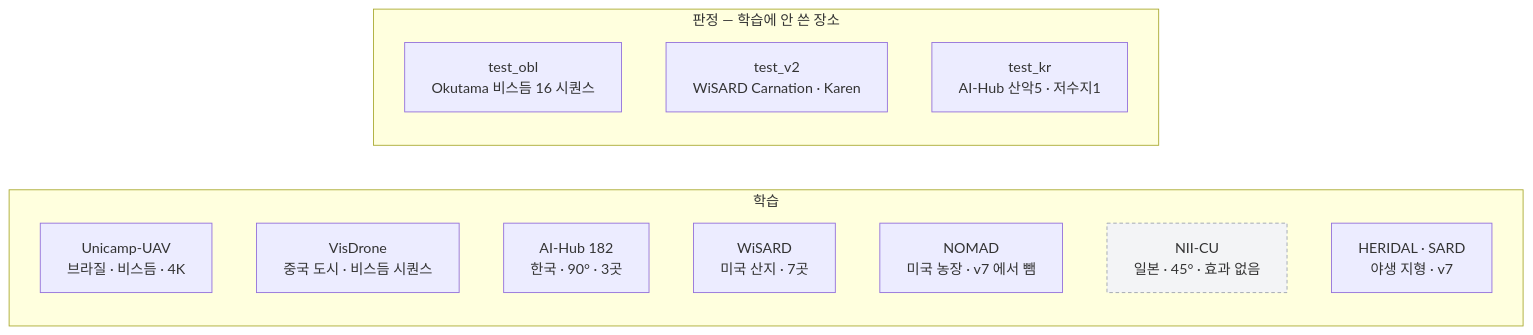
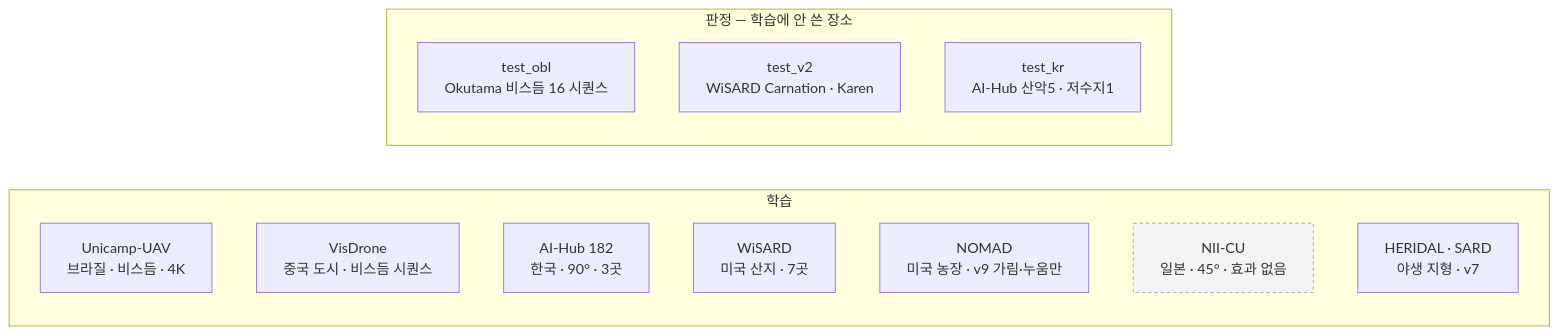
One commit to tim9985/Capstone changed the first of 2 diagrams in obsidian/02 데이터셋/_데이터셋 한눈에.md. Above: the diagram before and after it, drawn with Mermaid. The commit also changed other lines of this file and 28 other files, not shown here.

````diff
--- a/obsidian/02 데이터셋/_데이터셋 한눈에.md
+++ b/obsidian/02 데이터셋/_데이터셋 한눈에.md
@@ -11,20 +11,20 @@
 ```mermaid
 flowchart LR
     subgraph TR["학습"]
         direction TB
         U["Unicamp-UAV<br/>브라질 · 비스듬 · 4K"]
         V["VisDrone<br/>중국 도시 · 비스듬 시퀀스"]
         A["AI-Hub 182<br/>한국 · 90° · 3곳"]
         W["WiSARD<br/>미국 산지 · 7곳"]
-        N["NOMAD<br/>미국 농장 · v7 에서 뺌"]
+        N["NOMAD<br/>미국 농장 · v9 가림·누움만"]
         NI["NII-CU<br/>일본 · 45° · 효과 없음"]:::off
         H["HERIDAL · SARD<br/>야생 지형 · v7"]
     end
     subgraph TE["판정 — 학습에 안 쓴 장소"]
         direction TB
         O["test_obl<br/>Okutama 비스듬 16 시퀀스"]
         W2["test_v2<br/>WiSARD Carnation · Karen"]
         K["test_kr<br/>AI-Hub 산악5 · 저수지1"]
     end
     classDef off fill:#f3f4f6,stroke:#9ca3af,stroke-dasharray:4 3
 ```
````
